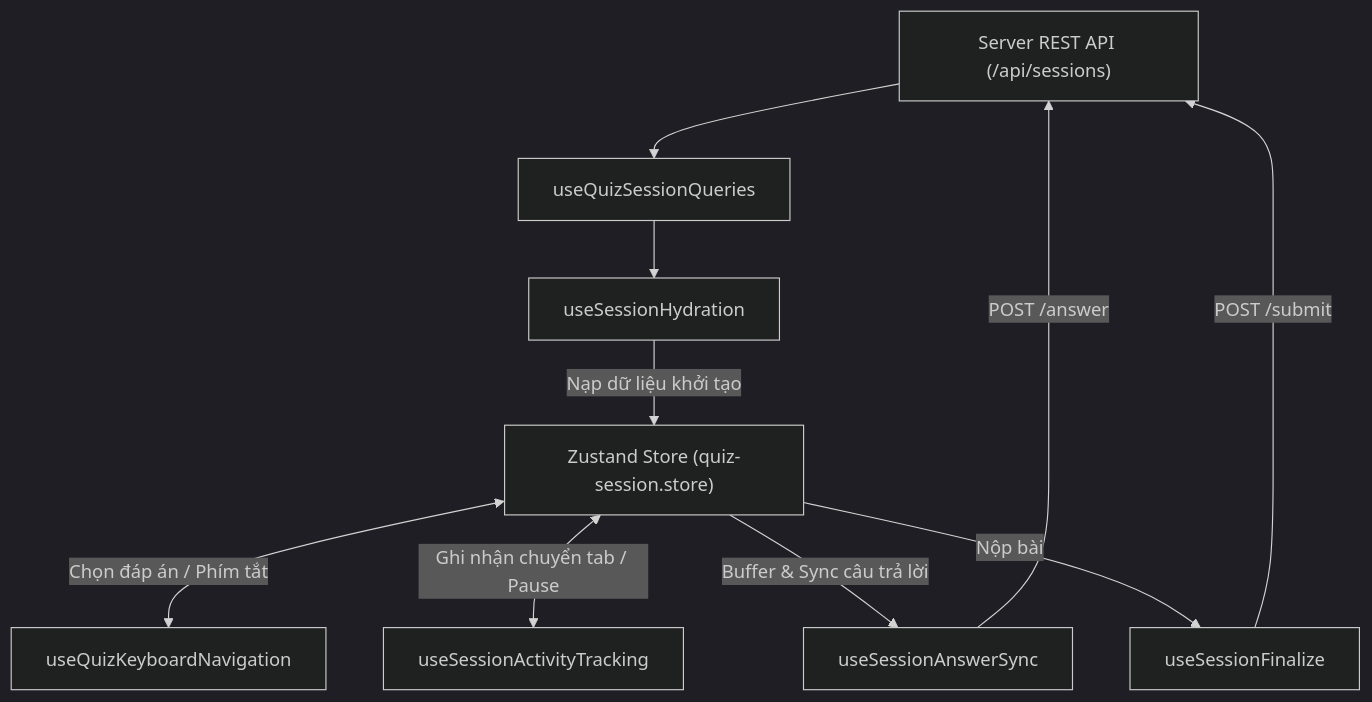
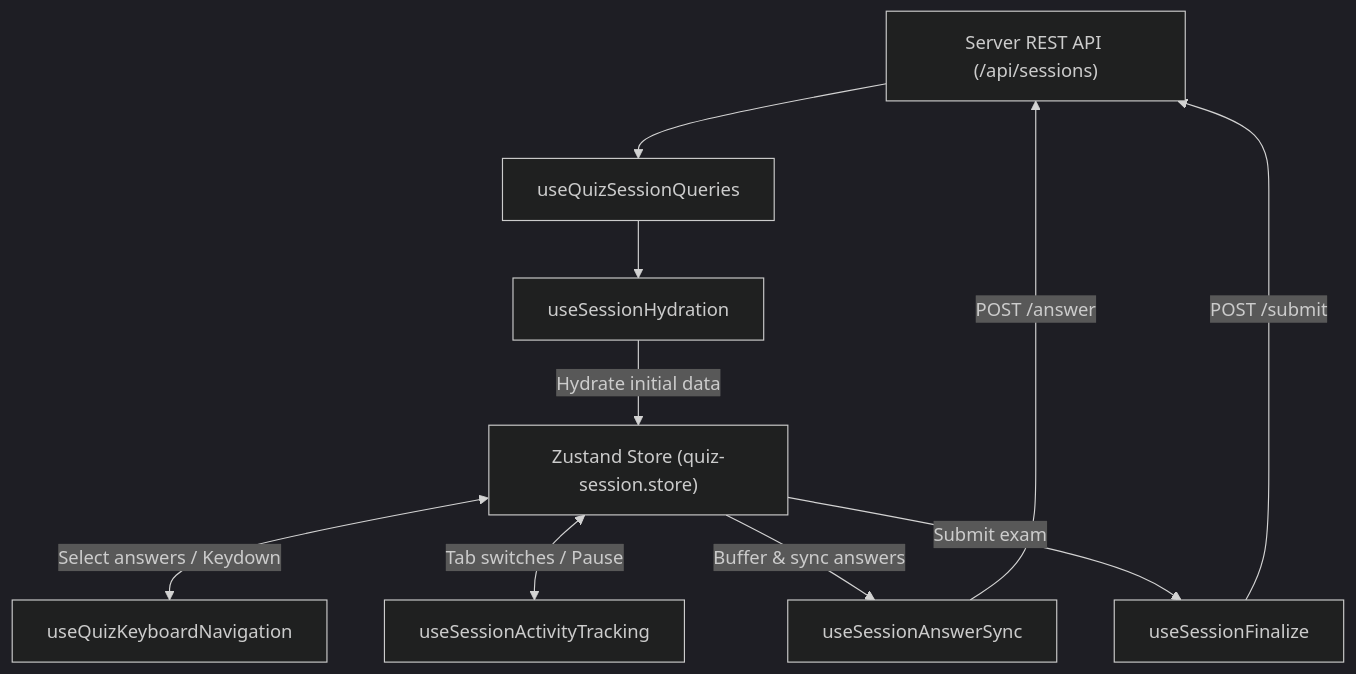
One commit to nvtruongops/fquiz changed the diagram in apps/web/hooks/README.md. Above: the diagram before and after it, drawn with Mermaid (dark theme). The commit also changed other lines of this file and 548 other files, not shown here.

````diff
--- a/apps/web/hooks/README.md
+++ b/apps/web/hooks/README.md
@@ -46,21 +45,21 @@
 ```mermaid
 graph TD
     API["Server REST API (/api/sessions)"]
     Queries["useQuizSessionQueries"]
     Hydration["useSessionHydration"]
     Store["Zustand Store (quiz-session.store)"]
     KeyNav["useQuizKeyboardNavigation"]
     Activity["useSessionActivityTracking"]
     AnswerSync["useSessionAnswerSync"]
     Finalize["useSessionFinalize"]
 
     API --> Queries
     Queries --> Hydration
-    Hydration -->|Nạp dữ liệu khởi tạo| Store
-    Store <-->|Chọn đáp án / Phím tắt| KeyNav
-    Store <-->|Ghi nhận chuyển tab / Pause| Activity
-    Store -->|Buffer & Sync câu trả lời| AnswerSync
+    Hydration -->|Hydrate initial data| Store
+    Store <-->|Select answers / Keydown| KeyNav
+    Store <-->|Tab switches / Pause| Activity
+    Store -->|Buffer & sync answers| AnswerSync
     AnswerSync -->|POST /answer| API
-    Store -->|Nộp bài| Finalize
+    Store -->|Submit exam| Finalize
     Finalize -->|POST /submit| API
 ```
````
